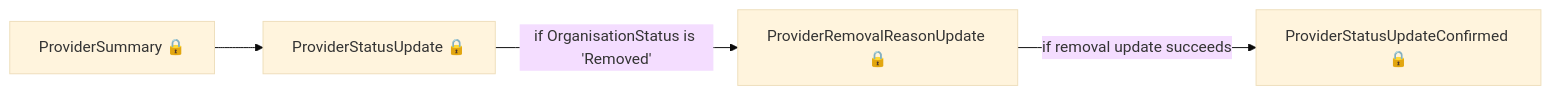
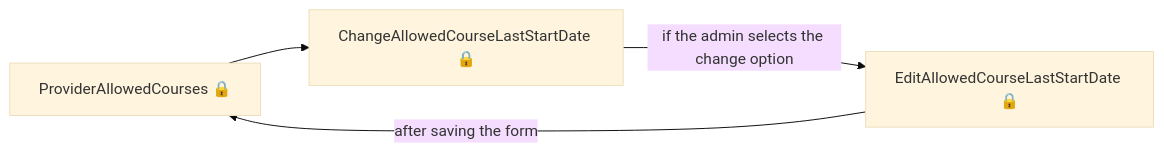
One commit to talentconsulting/atlas-dfe changed the fifth of 11 diagrams in das-admin-roatp-web/user-journeys/user-journeys.md. Above: the diagram before and after it, drawn with Mermaid (base theme). The commit also changed other lines of this file and 22 other files, not shown here.

````diff
--- a/das-admin-roatp-web/user-journeys/user-journeys.md
+++ b/das-admin-roatp-web/user-journeys/user-journeys.md
@@ -106,6 +71,6 @@
 ```mermaid
 flowchart LR
-  p0["ProviderSummary 🔒"] --> p1["ProviderStatusUpdate 🔒"]
-  p1["ProviderStatusUpdate 🔒"] -->|"if OrganisationStatus is 'Removed'"| p2["ProviderRemovalReasonUpdate 🔒"]
-  p2["ProviderRemovalReasonUpdate 🔒"] -->|"if removal update succeeds"| p3["ProviderStatusUpdateConfirmed 🔒"]
+  p0["ProviderAllowedCourses 🔒"] --> p1["ChangeAllowedCourseLastStartDate 🔒"]
+  p1["ChangeAllowedCourseLastStartDate 🔒"] -->|"if the admin selects the change option"| p2["EditAllowedCourseLastStartDate 🔒"]
+  p2["EditAllowedCourseLastStartDate 🔒"] -->|"after saving the form"| p0["ProviderAllowedCourses 🔒"]
 ```
````
